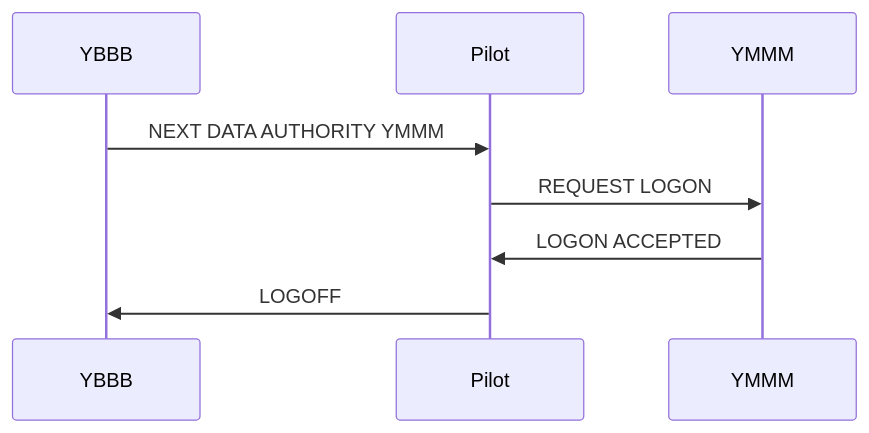
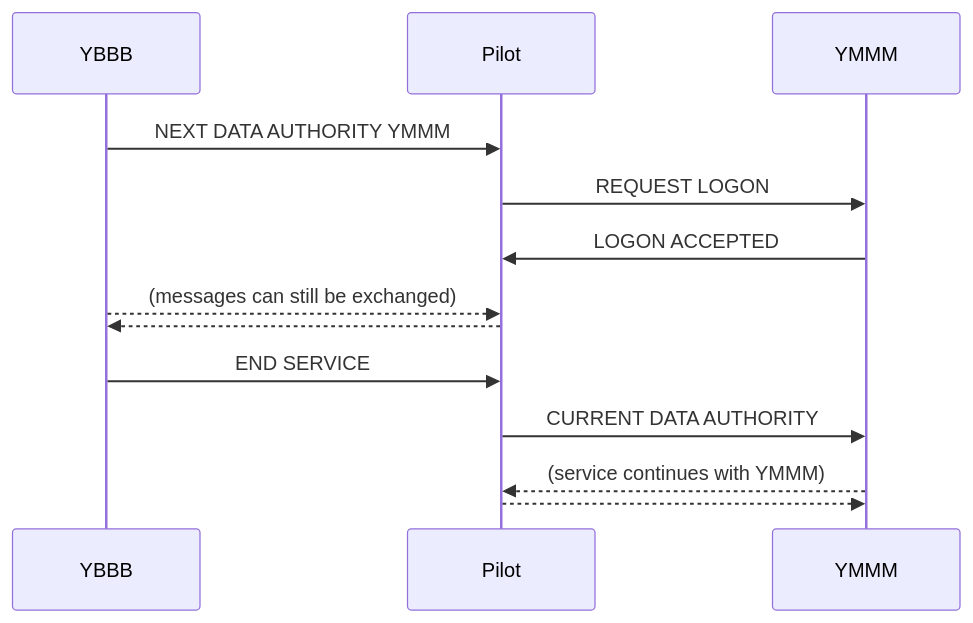
The third of 3 diagrams in docs/docs/concepts/index.md (YuKitsune/CPDLCPlugin), drawn with Mermaid before and after one commit.

Commit message:
docs: Clarify handoff behaviour

````diff
--- a/docs/docs/concepts/index.md
+++ b/docs/docs/concepts/index.md
@@ -149,11 +149,16 @@
 ```mermaid
 sequenceDiagram
     participant YBBB
     participant Pilot
     participant YMMM
 
     YBBB->>Pilot: NEXT DATA AUTHORITY YMMM
     Pilot->>YMMM: REQUEST LOGON
     YMMM->>Pilot: LOGON ACCEPTED
-    Pilot->>YBBB: LOGOFF
+    YBBB-->>Pilot: (messages can still be exchanged)
+    Pilot-->>YBBB:
+    YBBB->>Pilot: END SERVICE
+    Pilot->>YMMM: CURRENT DATA AUTHORITY
+    YMMM-->>Pilot: (service continues with YMMM)
+    Pilot-->>YMMM:
 ```
````
